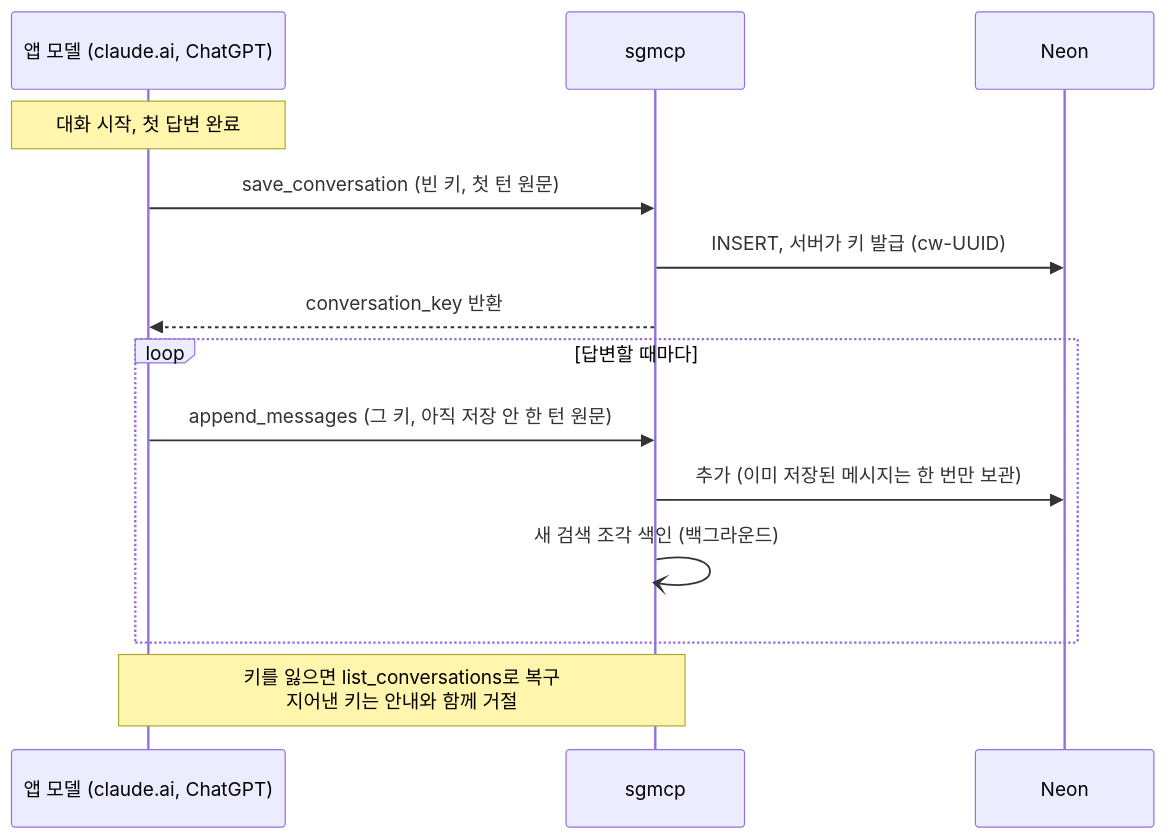
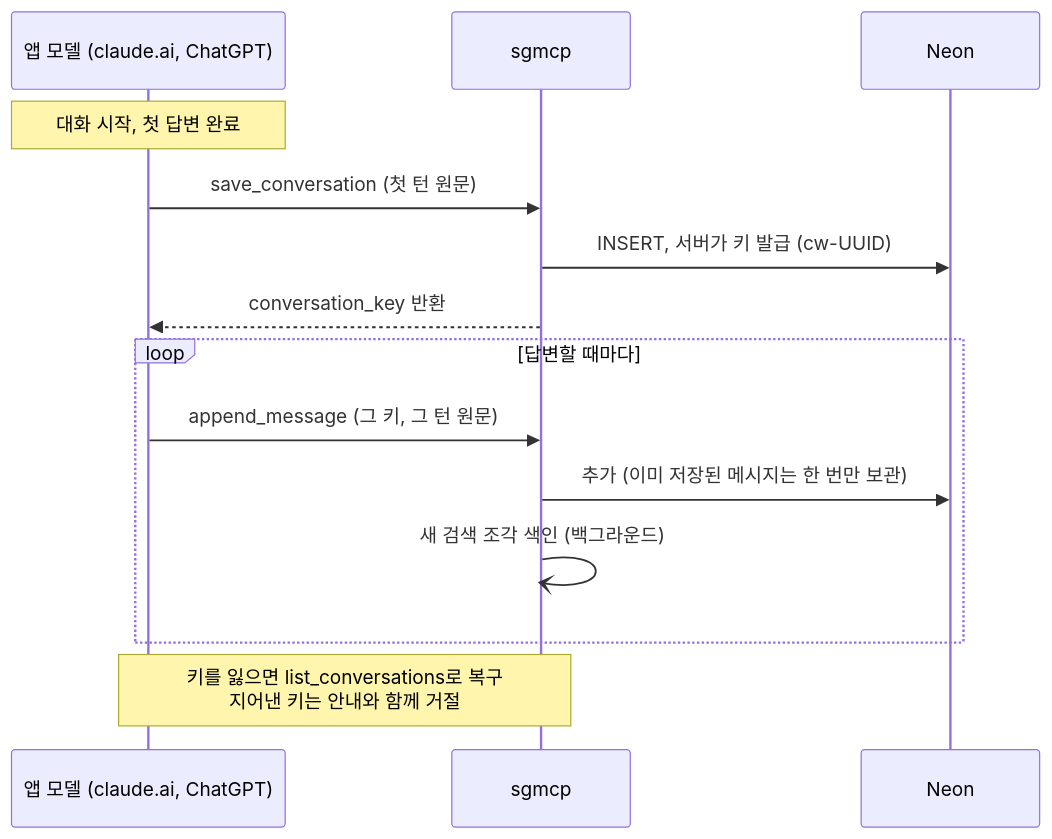
Before and after one commit to seung-gu/sgmcp: the first of 3 diagrams in docs/ko/ARCHITECTURE.md, drawn with Mermaid. The commit also changed 8 other files, not shown here.

Commit message:
Take each saved turn as two top-level strings: save_conversation and append_message

````diff
--- a/docs/ko/ARCHITECTURE.md
+++ b/docs/ko/ARCHITECTURE.md
@@ -39,19 +39,19 @@
 ```mermaid
 sequenceDiagram
     participant F as 앱 모델 (claude.ai, ChatGPT)
     participant S as sgmcp
     participant DB as Neon
 
     Note over F: 대화 시작, 첫 답변 완료
-    F->>S: save_conversation (빈 키, 첫 턴 원문)
+    F->>S: save_conversation (첫 턴 원문)
     S->>DB: INSERT, 서버가 키 발급 (cw-UUID)
     S-->>F: conversation_key 반환
 
     loop 답변할 때마다
-        F->>S: append_messages (그 키, 아직 저장 안 한 턴 원문)
+        F->>S: append_message (그 키, 그 턴 원문)
         S->>DB: 추가 (이미 저장된 메시지는 한 번만 보관)
         S-)S: 새 검색 조각 색인 (백그라운드)
     end
 
     Note over F,S: 키를 잃으면 list_conversations로 복구<br/>지어낸 키는 안내와 함께 거절
 ```
````
